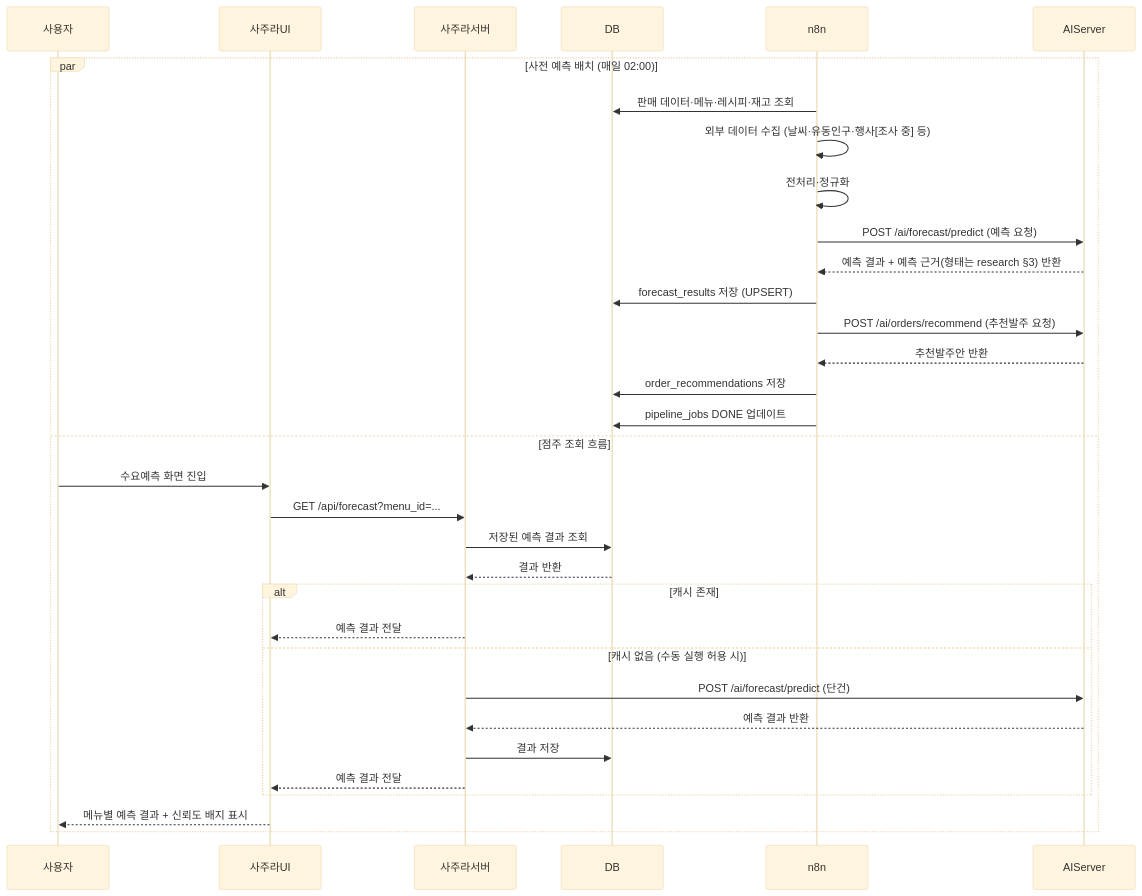
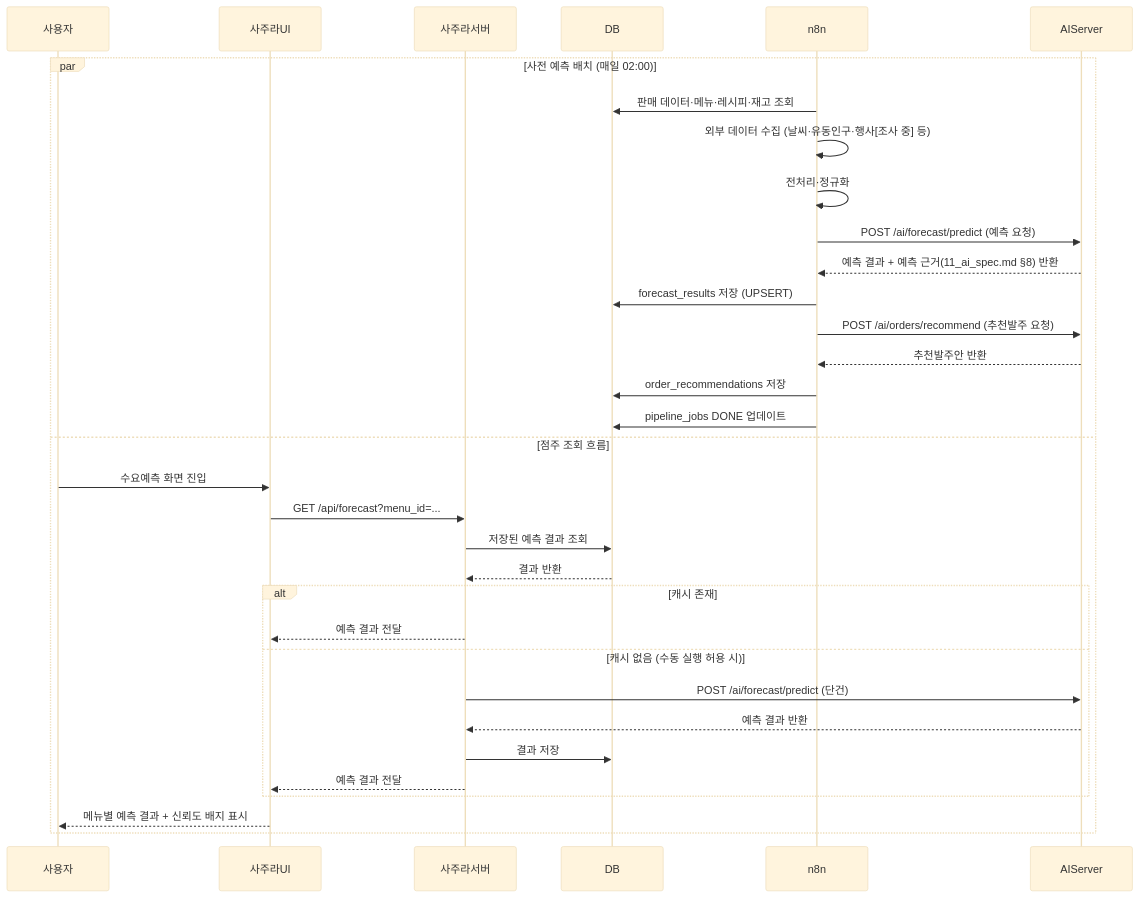
One commit to h-taek/CapstoneDesign-Sajura changed the second of 7 diagrams in docs/spec/06_sequence.md. Above: the diagram before and after it, drawn with Mermaid (base theme). The commit also changed other lines of this file and 14 other files, not shown here.

````diff
--- a/docs/spec/06_sequence.md
+++ b/docs/spec/06_sequence.md
@@ -118,36 +118,36 @@
 ```mermaid
 sequenceDiagram
     participant 사용자
     participant 사주라UI
     participant 사주라서버
     participant DB
     participant n8n
     participant AIServer
 
     par 사전 예측 배치 (매일 02:00)
         n8n->>DB: 판매 데이터·메뉴·레시피·재고 조회
         n8n->>n8n: 외부 데이터 수집 (날씨·유동인구·행사[조사 중] 등)
         n8n->>n8n: 전처리·정규화
         n8n->>AIServer: POST /ai/forecast/predict (예측 요청)
-        AIServer-->>n8n: 예측 결과 + 예측 근거(형태는 research §3) 반환
+        AIServer-->>n8n: 예측 결과 + 예측 근거(11_ai_spec.md §8) 반환
         n8n->>DB: forecast_results 저장 (UPSERT)
         n8n->>AIServer: POST /ai/orders/recommend (추천발주 요청)
         AIServer-->>n8n: 추천발주안 반환
         n8n->>DB: order_recommendations 저장
         n8n->>DB: pipeline_jobs DONE 업데이트
     and 점주 조회 흐름
         사용자->>사주라UI: 수요예측 화면 진입
         사주라UI->>사주라서버: GET /api/forecast?menu_id=...
         사주라서버->>DB: 저장된 예측 결과 조회
         DB-->>사주라서버: 결과 반환
         alt 캐시 존재
             사주라서버-->>사주라UI: 예측 결과 전달
         else 캐시 없음 (수동 실행 허용 시)
             사주라서버->>AIServer: POST /ai/forecast/predict (단건)
             AIServer-->>사주라서버: 예측 결과 반환
             사주라서버->>DB: 결과 저장
             사주라서버-->>사주라UI: 예측 결과 전달
         end
         사주라UI-->>사용자: 메뉴별 예측 결과 + 신뢰도 배지 표시
     end
 ```
````
